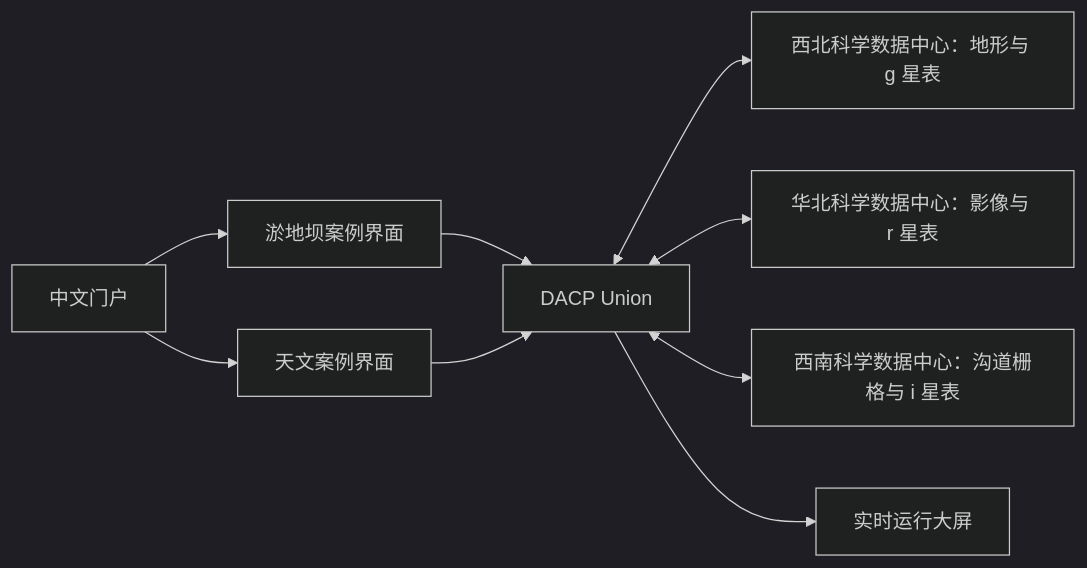
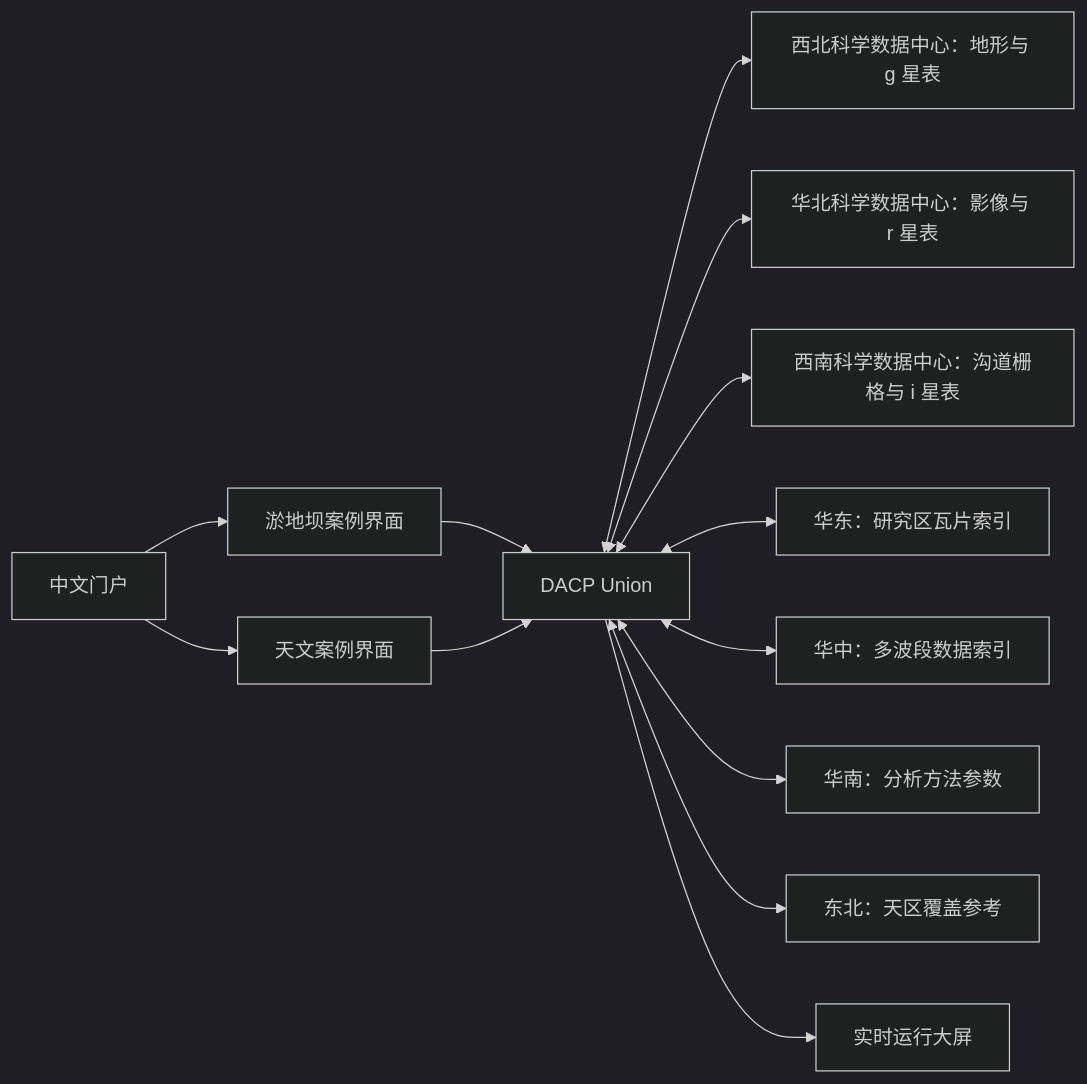
Before and after one commit to rdcn-link/conet: the diagram in README_zh.md, drawn with Mermaid (dark theme). The commit also changed other lines of this file and 18 other files, not shown here.

````diff
--- a/README_zh.md
+++ b/README_zh.md
@@ -13,11 +13,15 @@
 ```mermaid
 flowchart LR
     Visitor[中文门户] --> Dam[淤地坝案例界面]
     Visitor --> Astro[天文案例界面]
     Dam --> U[DACP Union]
     Astro --> U
     U <--> A[西北科学数据中心：地形与 g 星表]
     U <--> B[华北科学数据中心：影像与 r 星表]
     U <--> C[西南科学数据中心：沟道栅格与 i 星表]
+    U <--> D[华东：研究区瓦片索引]
+    U <--> E[华中：多波段数据索引]
+    U <--> F[华南：分析方法参数]
+    U <--> G[东北：天区覆盖参考]
     U --> Screen[实时运行大屏]
 ```
````
